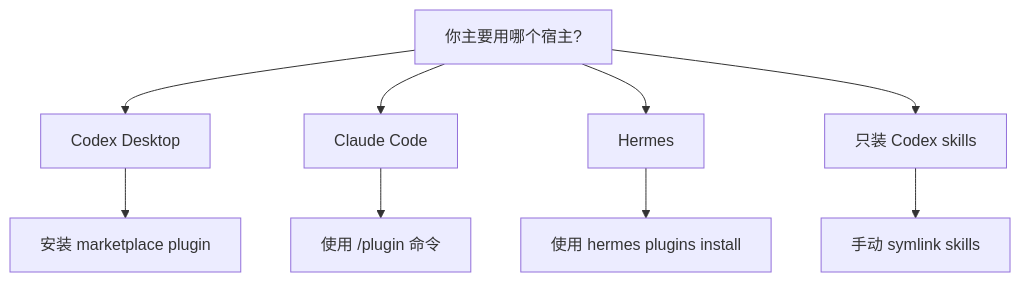
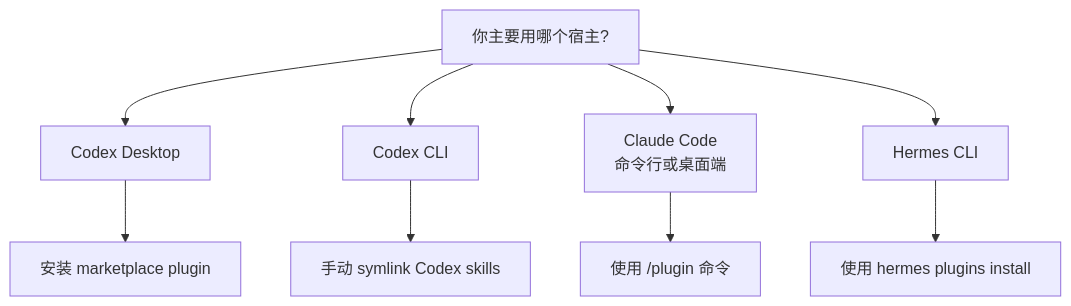
One commit to sssstwee/tastedistill changed the third of 3 diagrams in README.zh-CN.md. Above: the diagram before and after it, drawn with Mermaid. The commit also changed other lines of this file and 1 other file, not shown here.

````diff
--- a/README.zh-CN.md
+++ b/README.zh-CN.md
@@ -118,11 +120,11 @@
 ```mermaid
 flowchart TD
     A["你主要用哪个宿主?"] --> B["Codex Desktop"]
-    A --> C["Claude Code"]
-    A --> D["Hermes"]
-    A --> E["只装 Codex skills"]
+    A --> C["Codex CLI"]
+    A --> D["Claude Code<br/>命令行或桌面端"]
+    A --> E["Hermes CLI"]
     B --> F["安装 marketplace plugin"]
-    C --> G["使用 /plugin 命令"]
-    D --> H["使用 hermes plugins install"]
-    E --> I["手动 symlink skills"]
+    C --> G["手动 symlink Codex skills"]
+    D --> H["使用 /plugin 命令"]
+    E --> I["使用 hermes plugins install"]
 ```
````
